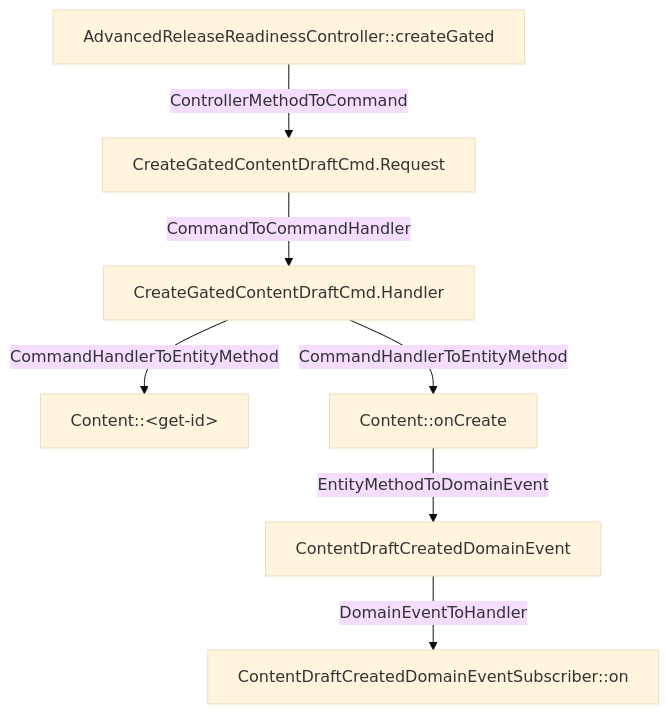
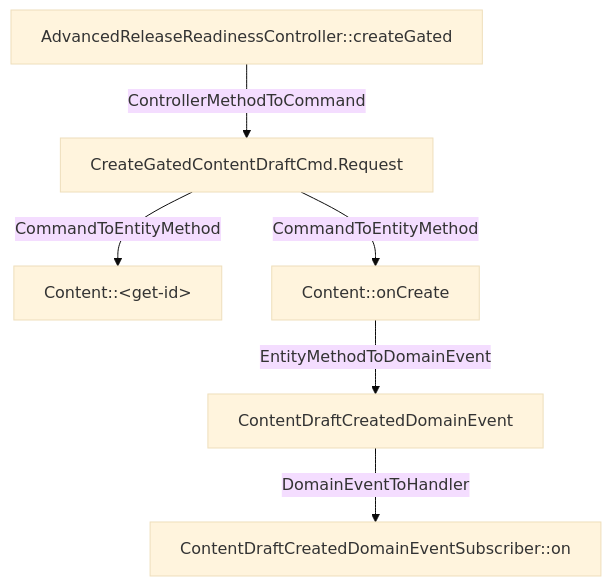
The diagram in analysis/flows/com_only4_cap4k_reference_contentstudio_adapter_http_AdvancedReleaseReadinessCon_a8af5b0e.mmd (LDmoxeii/cap4k-reference-content-studio), drawn with Mermaid (base theme) before and after one commit. The commit also changed 32 other files, not shown here.

Commit message:
chore: regenerate analysis flows

```diff
--- a/analysis/flows/com_only4_cap4k_reference_contentstudio_adapter_http_AdvancedReleaseReadinessCon_a8af5b0e.mmd
+++ b/analysis/flows/com_only4_cap4k_reference_contentstudio_adapter_http_AdvancedReleaseReadinessCon_a8af5b0e.mmd
@@ -1,14 +1,12 @@
 flowchart TD
   N1[AdvancedReleaseReadinessController::createGated]
-  N2[CreateGatedContentDraftCmd.Handler]
-  N3[CreateGatedContentDraftCmd.Request]
-  N4[ContentDraftCreatedDomainEventSubscriber::on]
-  N5[Content::&lt;get-id&gt;]
-  N6[Content::onCreate]
-  N7[ContentDraftCreatedDomainEvent]
-  N1 -->|ControllerMethodToCommand| N3
-  N2 -->|CommandHandlerToEntityMethod| N5
-  N2 -->|CommandHandlerToEntityMethod| N6
-  N3 -->|CommandToCommandHandler| N2
-  N6 -->|EntityMethodToDomainEvent| N7
-  N7 -->|DomainEventToHandler| N4
+  N2[CreateGatedContentDraftCmd.Request]
+  N3[ContentDraftCreatedDomainEventSubscriber::on]
+  N4[Content::&lt;get-id&gt;]
+  N5[Content::onCreate]
+  N6[ContentDraftCreatedDomainEvent]
+  N1 -->|ControllerMethodToCommand| N2
+  N2 -->|CommandToEntityMethod| N4
+  N2 -->|CommandToEntityMethod| N5
+  N5 -->|EntityMethodToDomainEvent| N6
+  N6 -->|DomainEventToHandler| N3
```
